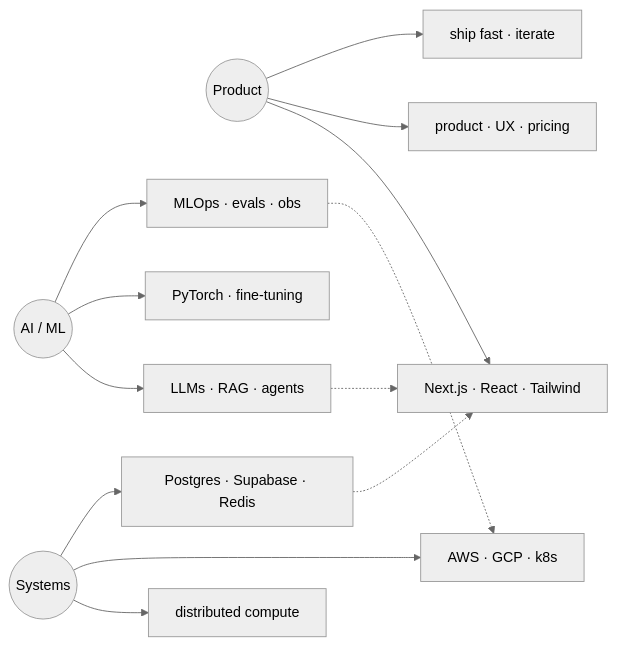
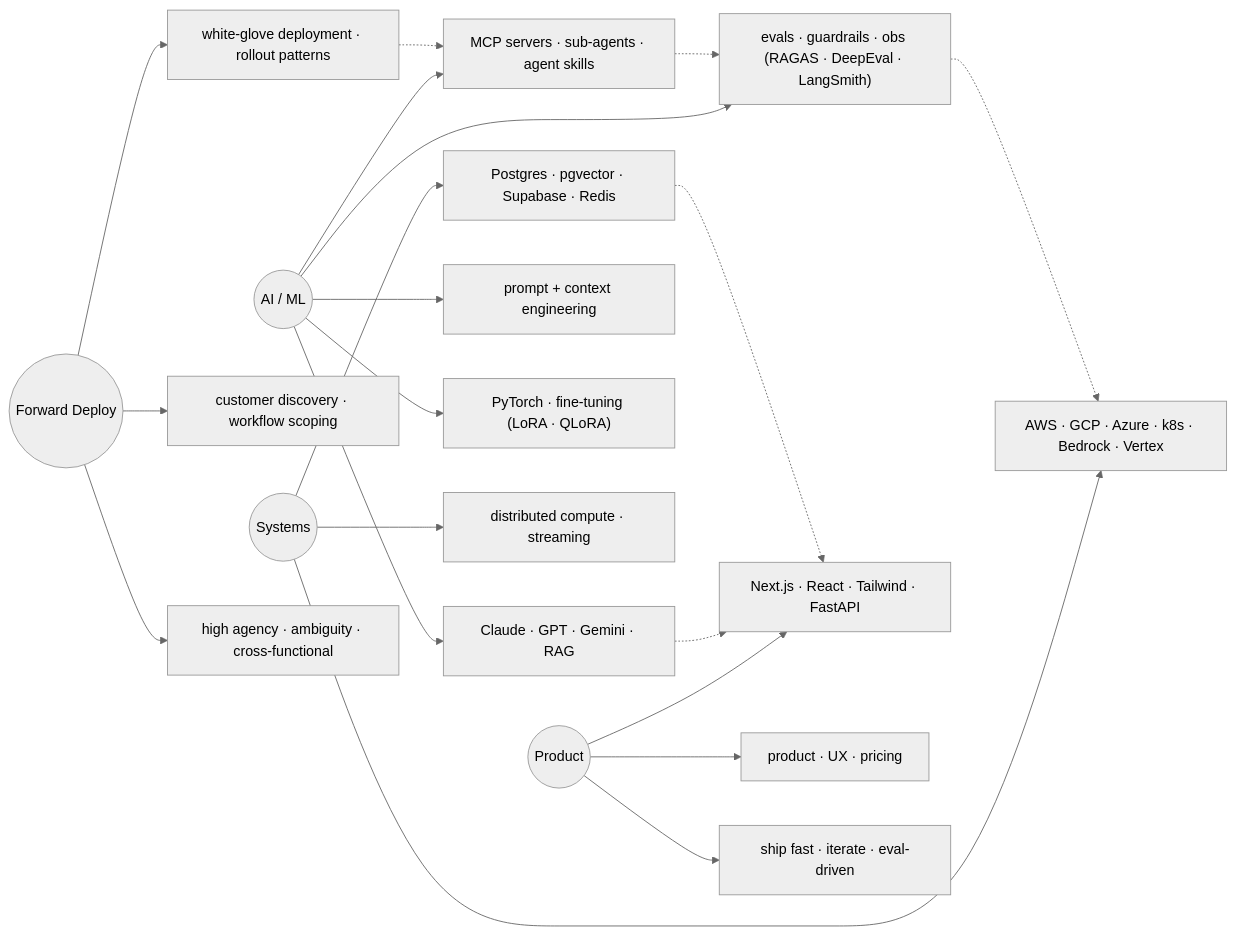
One commit to ml-lubich/ml-lubich changed the third of 5 diagrams in README.md. Above: the diagram before and after it, drawn with Mermaid (neutral theme). The commit also changed other lines of this file, not shown here.

First line of the commit message:
docs(readme): tune profile for forward-deployed AI engineering signal

````diff
--- a/README.md
+++ b/README.md
@@ -114,29 +121,42 @@
 ```mermaid
 flowchart LR
     AI(("AI / ML"))
     SYS(("Systems"))
+    FDE(("Forward Deploy"))
     PROD(("Product"))
 
-    LLM["LLMs · RAG · agents"]
-    DL["PyTorch · fine-tuning"]
-    MLOPS["MLOps · evals · obs"]
-    DIST["distributed compute"]
-    CLOUD["AWS · GCP · k8s"]
-    DB["Postgres · Supabase · Redis"]
-    WEB["Next.js · React · Tailwind"]
+    LLM["Claude · GPT · Gemini · RAG"]
+    AGENT["MCP servers · sub-agents · agent skills"]
+    PROMPT["prompt + context engineering"]
+    EVAL["evals · guardrails · obs (RAGAS · DeepEval · LangSmith)"]
+    DL["PyTorch · fine-tuning (LoRA · QLoRA)"]
+    DIST["distributed compute · streaming"]
+    CLOUD["AWS · GCP · Azure · k8s · Bedrock · Vertex"]
+    DB["Postgres · pgvector · Supabase · Redis"]
+    DISCOVERY["customer discovery · workflow scoping"]
+    DELIVERY["white-glove deployment · rollout patterns"]
+    HIGH["high agency · ambiguity · cross-functional"]
+    WEB["Next.js · React · Tailwind · FastAPI"]
     UX["product · UX · pricing"]
-    SHIP["ship fast · iterate"]
+    SHIP["ship fast · iterate · eval-driven"]
 
     AI --> LLM
+    AI --> AGENT
+    AI --> PROMPT
+    AI --> EVAL
     AI --> DL
-    AI --> MLOPS
     SYS --> DIST
     SYS --> CLOUD
     SYS --> DB
+    FDE --> DISCOVERY
+    FDE --> DELIVERY
+    FDE --> HIGH
     PROD --> WEB
     PROD --> UX
     PROD --> SHIP
-    MLOPS -.-> CLOUD
+    AGENT -.-> EVAL
+    EVAL  -.-> CLOUD
     LLM   -.-> WEB
     DB    -.-> WEB
+    DELIVERY -.-> AGENT
 ```
````
